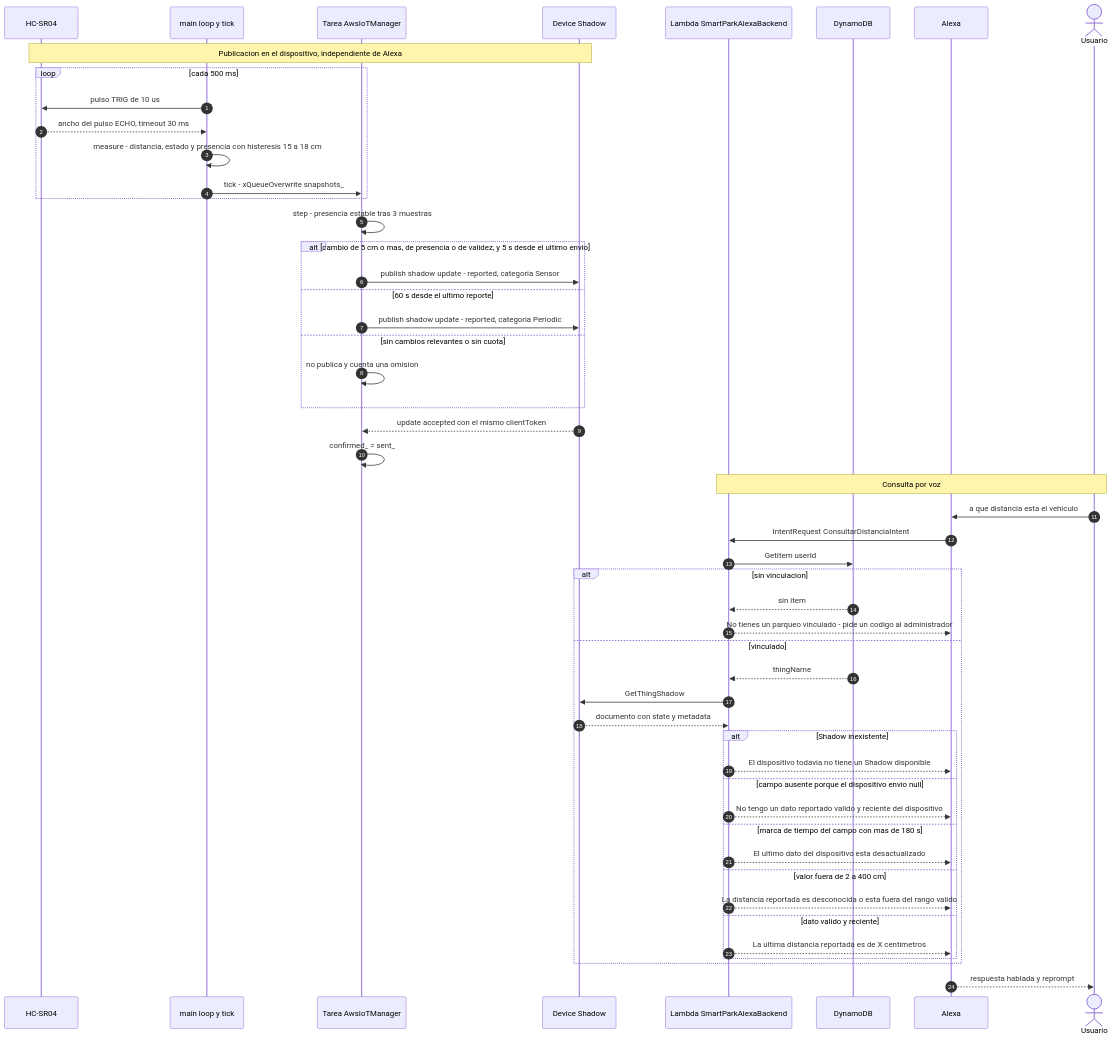
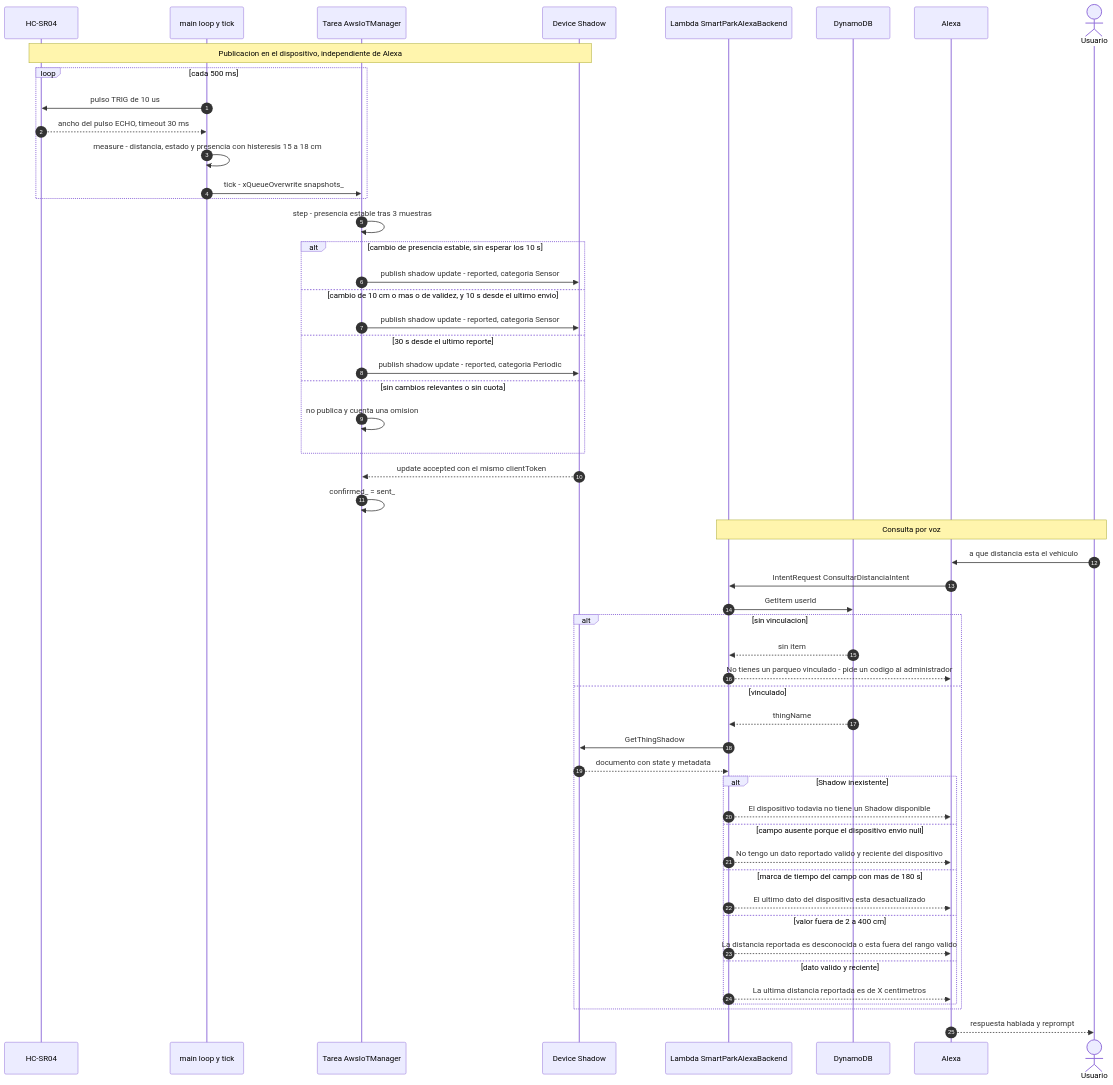
Diagram 12 of 16 in docs/informe.md (HenryRiveraM/smartpark-practica-3), drawn with Mermaid before and after one commit. The commit also changed other lines of this file, not shown here.

````diff
--- a/docs/informe.md
+++ b/docs/informe.md
@@ -944,55 +946,57 @@
 ```mermaid
 sequenceDiagram
     autonumber
     participant HC as HC-SR04
     participant ML as main loop y tick
     participant TASK as Tarea AwsIoTManager
     participant SH as Device Shadow
     participant LA as Lambda SmartParkAlexaBackend
     participant DB as DynamoDB
     participant AX as Alexa
     actor U as Usuario
 
     Note over HC,SH: Publicacion en el dispositivo, independiente de Alexa
     loop cada 500 ms
         ML->>HC: pulso TRIG de 10 us
         HC-->>ML: ancho del pulso ECHO, timeout 30 ms
         ML->>ML: measure - distancia, estado y presencia con histeresis 15 a 18 cm
         ML->>TASK: tick - xQueueOverwrite snapshots_
     end
     TASK->>TASK: step - presencia estable tras 3 muestras
-    alt cambio de 5 cm o mas, de presencia o de validez, y 5 s desde el ultimo envio
+    alt cambio de presencia estable, sin esperar los 10 s
         TASK->>SH: publish shadow update - reported, categoria Sensor
-    else 60 s desde el ultimo reporte
+    else cambio de 10 cm o mas o de validez, y 10 s desde el ultimo envio
+        TASK->>SH: publish shadow update - reported, categoria Sensor
+    else 30 s desde el ultimo reporte
         TASK->>SH: publish shadow update - reported, categoria Periodic
     else sin cambios relevantes o sin cuota
         TASK->>TASK: no publica y cuenta una omision
     end
     SH-->>TASK: update accepted con el mismo clientToken
     TASK->>TASK: confirmed_ = sent_
 
     Note over U,LA: Consulta por voz
     U->>AX: a que distancia esta el vehiculo
     AX->>LA: IntentRequest ConsultarDistanciaIntent
     LA->>DB: GetItem userId
     alt sin vinculacion
         DB-->>LA: sin item
         LA-->>AX: No tienes un parqueo vinculado - pide un codigo al administrador
     else vinculado
         DB-->>LA: thingName
         LA->>SH: GetThingShadow
         SH-->>LA: documento con state y metadata
         alt Shadow inexistente
             LA-->>AX: El dispositivo todavia no tiene un Shadow disponible
         else campo ausente porque el dispositivo envio null
             LA-->>AX: No tengo un dato reportado valido y reciente del dispositivo
         else marca de tiempo del campo con mas de 180 s
             LA-->>AX: El ultimo dato del dispositivo esta desactualizado
         else valor fuera de 2 a 400 cm
             LA-->>AX: La distancia reportada es desconocida o esta fuera del rango valido
         else dato valido y reciente
             LA-->>AX: La ultima distancia reportada es de X centimetros
         end
     end
     AX-->>U: respuesta hablada y reprompt
 ```
````
